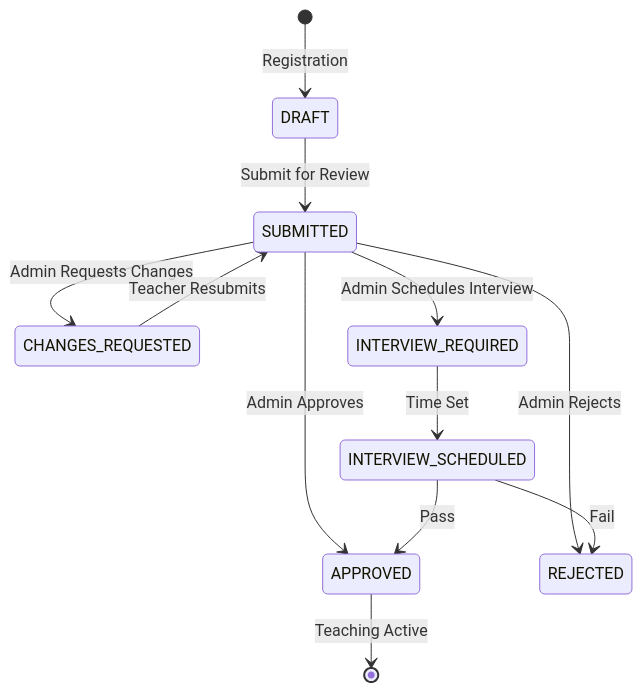
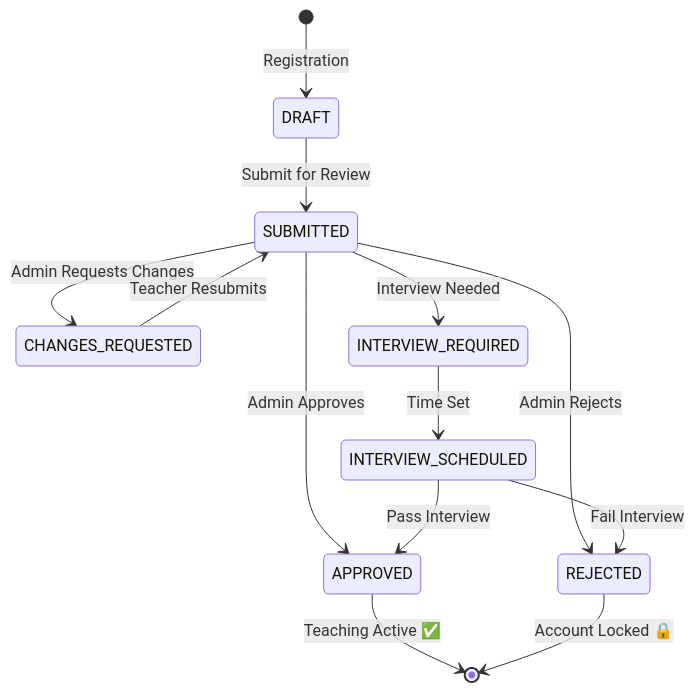
The second of 2 diagrams in docs/flows/teacher-journey.md (smtoot/Sidra-Ai), drawn with Mermaid before and after one commit. The commit also changed other lines of this file and 3 other files, not shown here.

````diff
--- a/docs/flows/teacher-journey.md
+++ b/docs/flows/teacher-journey.md
@@ -143,14 +183,19 @@
 ```mermaid
 stateDiagram-v2
     [*] --> DRAFT: Registration
     DRAFT --> SUBMITTED: Submit for Review
+    
     SUBMITTED --> APPROVED: Admin Approves
     SUBMITTED --> CHANGES_REQUESTED: Admin Requests Changes
     SUBMITTED --> REJECTED: Admin Rejects
-    SUBMITTED --> INTERVIEW_REQUIRED: Admin Schedules Interview
+    SUBMITTED --> INTERVIEW_REQUIRED: Interview Needed
+    
     CHANGES_REQUESTED --> SUBMITTED: Teacher Resubmits
+    
     INTERVIEW_REQUIRED --> INTERVIEW_SCHEDULED: Time Set
-    INTERVIEW_SCHEDULED --> APPROVED: Pass
-    INTERVIEW_SCHEDULED --> REJECTED: Fail
-    APPROVED --> [*]: Teaching Active
+    INTERVIEW_SCHEDULED --> APPROVED: Pass Interview
+    INTERVIEW_SCHEDULED --> REJECTED: Fail Interview
+    
+    APPROVED --> [*]: Teaching Active ✅
+    REJECTED --> [*]: Account Locked 🔒
 ```
````
